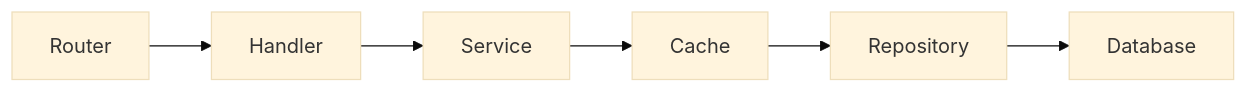
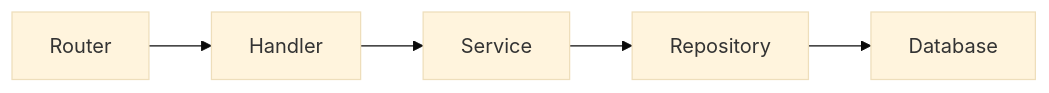
One commit to bartukocakara/go-echo-wallet-app changed the first of 2 diagrams in Technical.md. Above: the diagram before and after it, drawn with Mermaid (base theme). The commit also changed other lines of this file, not shown here.

````diff
--- a/Technical.md
+++ b/Technical.md
@@ -10,4 +10,4 @@
 ```mermaid
   flowchart LR;
-      Router-->Handler-->Service-->Cache-->Repository-->Database;
+      Router-->Handler-->Service-->Repository-->Database;
 ```
````
